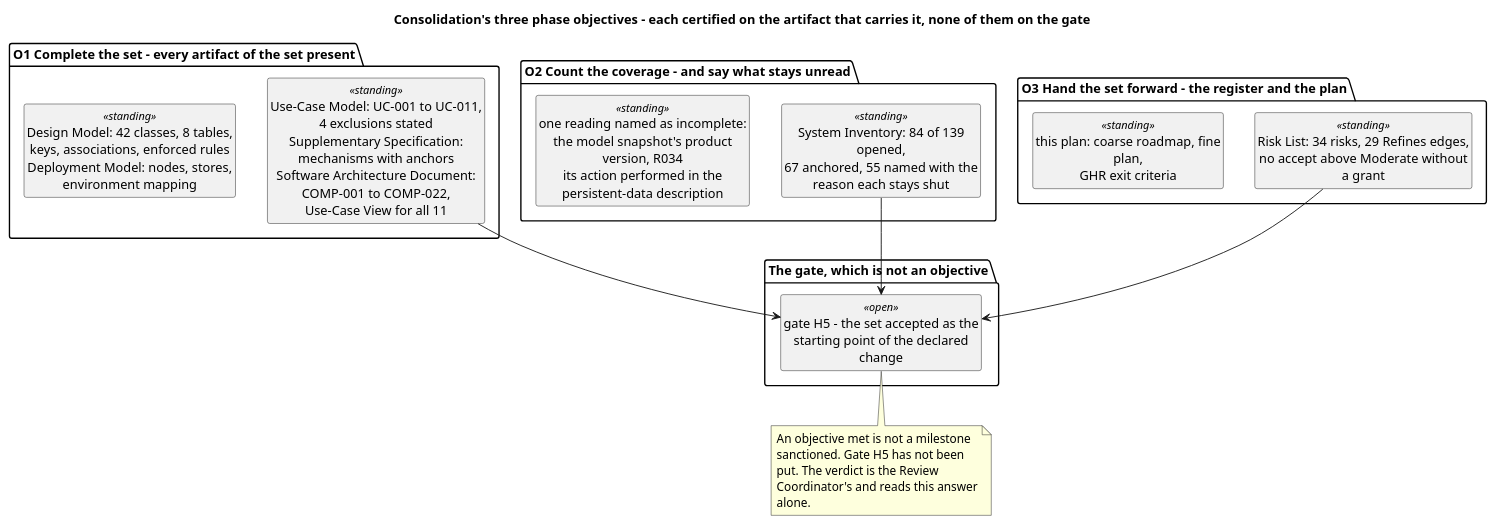
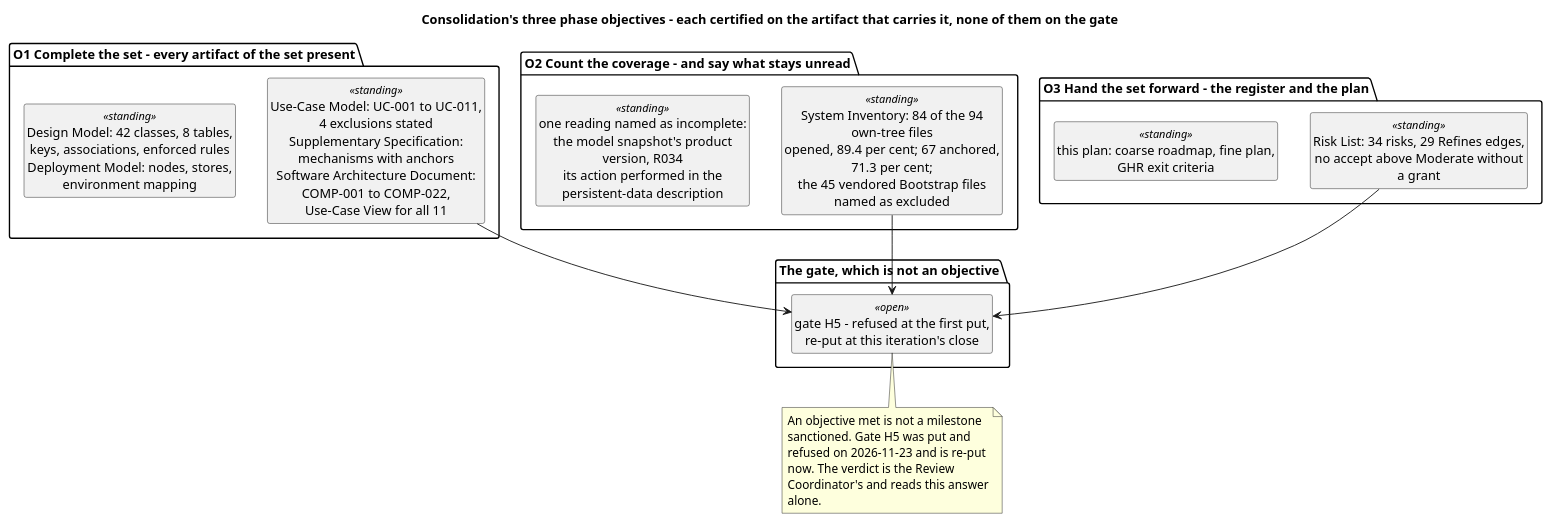
The first of 6 diagrams in docs/artifacts/project-management/iteration-plan.md (banense-test/TodoApp), drawn with PlantUML before and after one commit. The commit also changed other lines of this file, not shown here.

Commit message:
Project Manager [Consolidation2]: upsert Iteration Plan
[skip ci]

````diff
--- a/docs/artifacts/project-management/iteration-plan.md
+++ b/docs/artifacts/project-management/iteration-plan.md
@@ -13,32 +13,33 @@
 ```plantuml
 @startuml
 title Consolidation's three phase objectives - each certified on the artifact that carries it, none of them on the gate
 skinparam shadowing false
-skinparam wrapWidth 235
+skinparam wrapWidth 240
 hide circle
 hide empty members
 
 package "O1 Complete the set - every artifact of the set present" {
   class "Use-Case Model: UC-001 to UC-011,\n4 exclusions stated\nSupplementary Specification: mechanisms with anchors\nSoftware Architecture Document: COMP-001 to COMP-022,\nUse-Case View for all 11" as O1 <<standing>>
   class "Design Model: 42 classes, 8 tables,\nkeys, associations, enforced rules\nDeployment Model: nodes, stores, environment mapping" as O1B <<standing>>
 }
 package "O2 Count the coverage - and say what stays unread" {
-  class "System Inventory: 84 of 139 opened,\n67 anchored, 55 named with the reason each stays shut" as O2 <<standing>>
+  class "System Inventory: 84 of the 94 own-tree files\nopened, 89.4 per cent; 67 anchored, 71.3 per cent;\nthe 45 vendored Bootstrap files named as excluded" as O2 <<standing>>
   class "one reading named as incomplete:\nthe model snapshot's product version, R034\nits action performed in the persistent-data description" as O2B <<standing>>
 }
 package "O3 Hand the set forward - the register and the plan" {
   class "Risk List: 34 risks, 29 Refines edges,\nno accept above Moderate without a grant" as O3 <<standing>>
   class "this plan: coarse roadmap, fine plan,\nGHR exit criteria" as O3B <<standing>>
 }
 package "The gate, which is not an objective" {
-  class "gate H5 - the set accepted as the\nstarting point of the declared change" as CF <<open>>
+  class "gate H5 - refused at the first put,\nre-put at this iteration's close" as CF <<open>>
 }
 O1 --> CF
 O2 --> CF
 O3 --> CF
 note bottom of CF
-  An objective met is not a milestone sanctioned. Gate H5 has not been
-  put. The verdict is the Review Coordinator's and reads this answer alone.
+  An objective met is not a milestone sanctioned. Gate H5 was put and
+  refused on 2026-11-23 and is re-put now. The verdict is the Review
+  Coordinator's and reads this answer alone.
 end note
 @enduml
 ```
````
